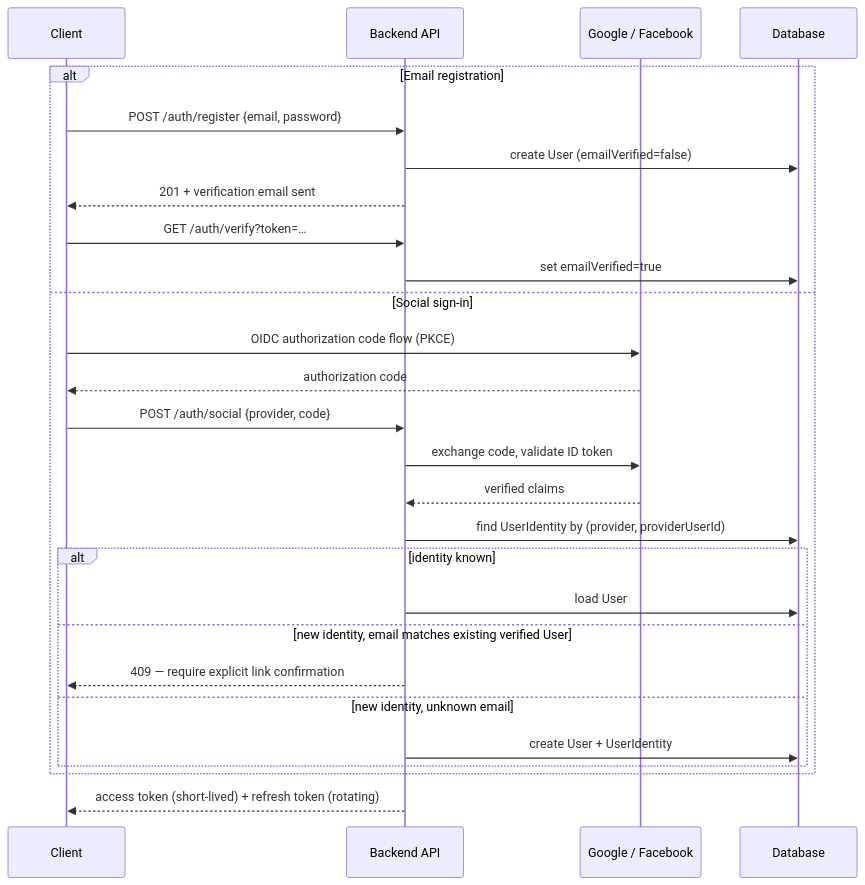
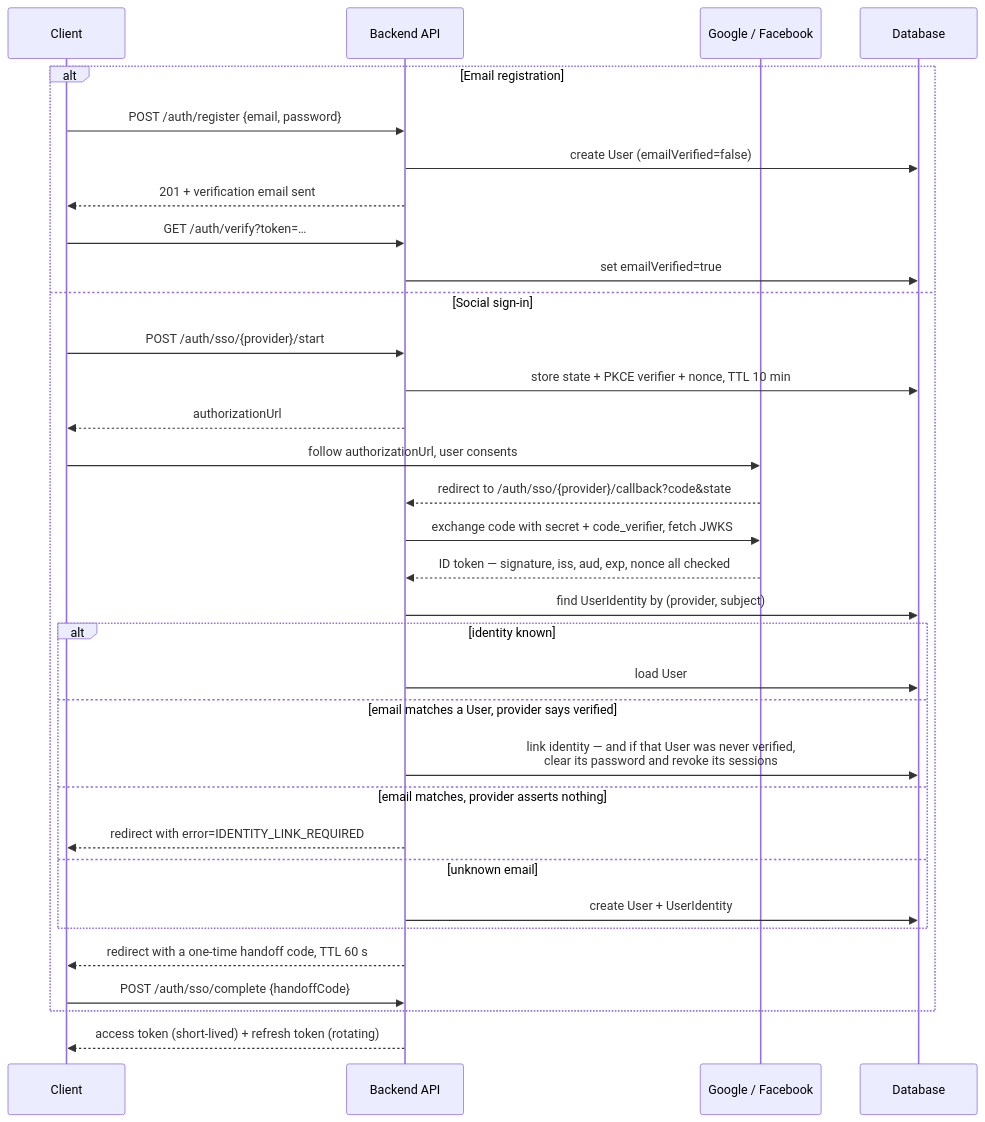
Before and after one commit to thang-dev-aptech/vni-ielts-ai: the first of 9 diagrams in docs/architecture/key-flows.md, drawn with Mermaid. The commit also changed other lines of this file and 280 other files, not shown here.

````diff
--- a/docs/architecture/key-flows.md
+++ b/docs/architecture/key-flows.md
@@ -9,30 +9,36 @@
 ```mermaid
 sequenceDiagram
     participant C as Client
     participant API as Backend API
     participant IDP as Google / Facebook
     participant DB as Database
 
     alt Email registration
         C->>API: POST /auth/register {email, password}
         API->>DB: create User (emailVerified=false)
         API-->>C: 201 + verification email sent
         C->>API: GET /auth/verify?token=…
         API->>DB: set emailVerified=true
     else Social sign-in
-        C->>IDP: OIDC authorization code flow (PKCE)
-        IDP-->>C: authorization code
-        C->>API: POST /auth/social {provider, code}
-        API->>IDP: exchange code, validate ID token
-        IDP-->>API: verified claims
-        API->>DB: find UserIdentity by (provider, providerUserId)
+        C->>API: POST /auth/sso/{provider}/start
+        API->>DB: store state + PKCE verifier + nonce, TTL 10 min
+        API-->>C: authorizationUrl
+        C->>IDP: follow authorizationUrl, user consents
+        IDP-->>API: redirect to /auth/sso/{provider}/callback?code&state
+        API->>IDP: exchange code with secret + code_verifier, fetch JWKS
+        IDP-->>API: ID token — signature, iss, aud, exp, nonce all checked
+        API->>DB: find UserIdentity by (provider, subject)
         alt identity known
             API->>DB: load User
-        else new identity, email matches existing verified User
-            API-->>C: 409 — require explicit link confirmation
-        else new identity, unknown email
+        else email matches a User, provider says verified
+            API->>DB: link identity — and if that User was never verified,<br/>clear its password and revoke its sessions
+        else email matches, provider asserts nothing
+            API-->>C: redirect with error=IDENTITY_LINK_REQUIRED
+        else unknown email
             API->>DB: create User + UserIdentity
         end
+        API-->>C: redirect with a one-time handoff code, TTL 60 s
+        C->>API: POST /auth/sso/complete {handoffCode}
     end
     API-->>C: access token (short-lived) + refresh token (rotating)
 ```
````
